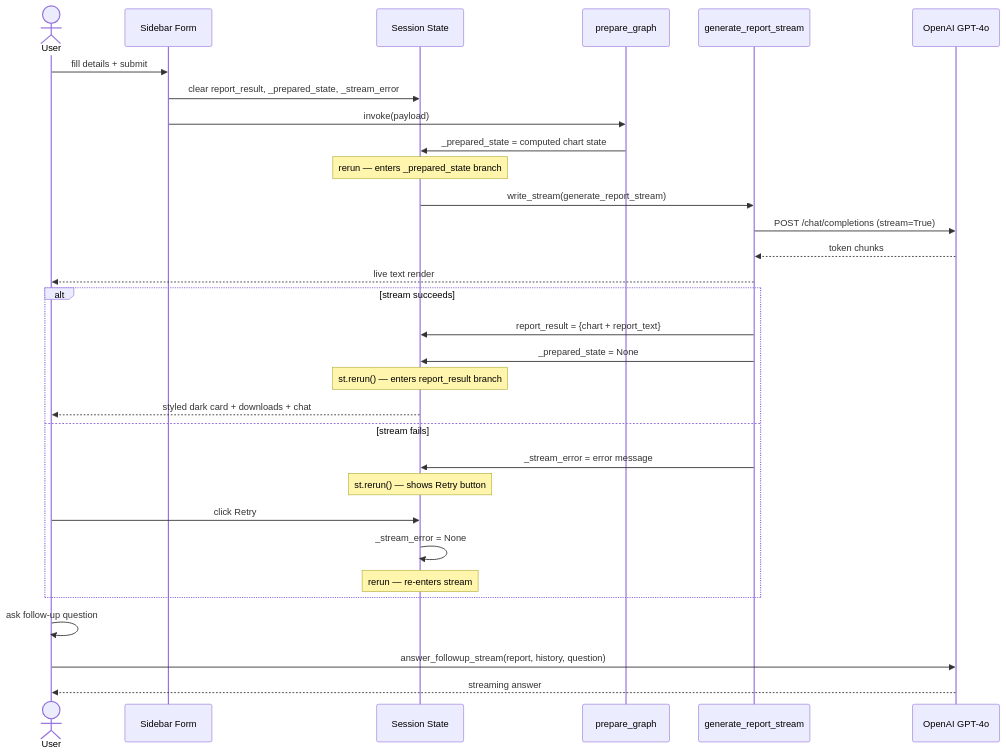
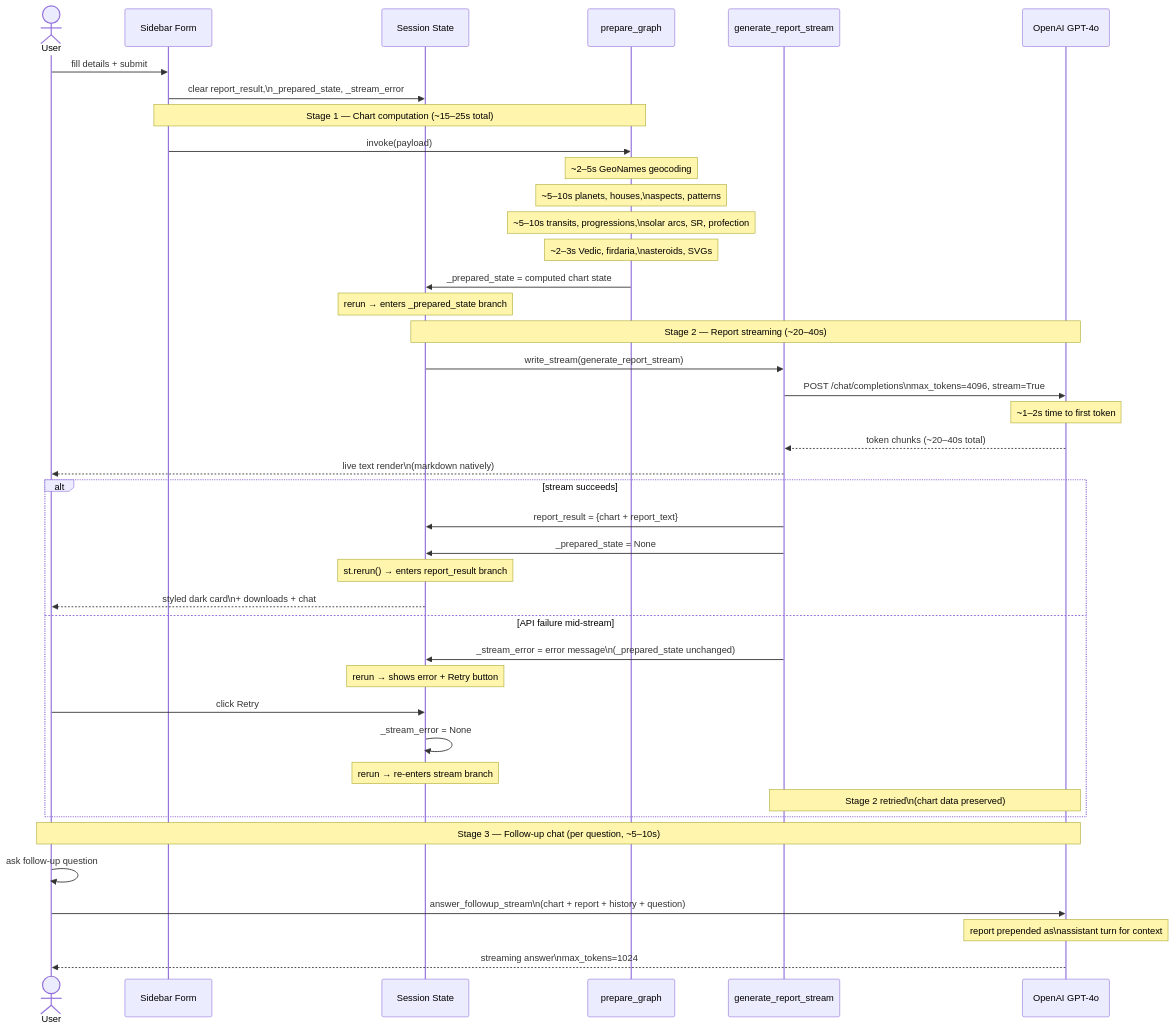
Diagram 12 of 12 in Architecture.md (swamyswamynathan123/personalastrologeragent), drawn with Mermaid before and after one commit. The commit also changed other lines of this file, not shown here.

````diff
--- a/Architecture.md
+++ b/Architecture.md
@@ -260,38 +472,51 @@
 ```mermaid
 sequenceDiagram
     actor User
     participant Form as Sidebar Form
     participant SS as Session State
     participant PG as prepare_graph
     participant Stream as generate_report_stream
     participant OAI as OpenAI GPT-4o
 
     User->>Form: fill details + submit
-    Form->>SS: clear report_result, _prepared_state, _stream_error
+    Form->>SS: clear report_result,\n_prepared_state, _stream_error
+
+    Note over Form,PG: Stage 1 — Chart computation (~15–25s total)
     Form->>PG: invoke(payload)
+
+    Note over PG: ~2–5s GeoNames geocoding
+    Note over PG: ~5–10s planets, houses,\naspects, patterns
+    Note over PG: ~5–10s transits, progressions,\nsolar arcs, SR, profection
+    Note over PG: ~2–3s Vedic, firdaria,\nasteroids, SVGs
+
     PG->>SS: _prepared_state = computed chart state
 
-    Note over SS: rerun — enters _prepared_state branch
+    Note over SS: rerun → enters _prepared_state branch
 
+    Note over SS,OAI: Stage 2 — Report streaming (~20–40s)
     SS->>Stream: write_stream(generate_report_stream)
-    Stream->>OAI: POST /chat/completions (stream=True)
-    OAI-->>Stream: token chunks
-    Stream-->>User: live text render
+    Stream->>OAI: POST /chat/completions\nmax_tokens=4096, stream=True
+    Note over OAI: ~1–2s time to first token
+    OAI-->>Stream: token chunks (~20–40s total)
+    Stream-->>User: live text render\n(markdown natively)
 
     alt stream succeeds
         Stream->>SS: report_result = {chart + report_text}
         Stream->>SS: _prepared_state = None
-        Note over SS: st.rerun() — enters report_result branch
-        SS-->>User: styled dark card + downloads + chat
-    else stream fails
-        Stream->>SS: _stream_error = error message
-        Note over SS: st.rerun() — shows Retry button
+        Note over SS: st.rerun() → enters report_result branch
+        SS-->>User: styled dark card\n+ downloads + chat
+    else API failure mid-stream
+        Stream->>SS: _stream_error = error message\n(_prepared_state unchanged)
+        Note over SS: rerun → shows error + Retry button
         User->>SS: click Retry
         SS->>SS: _stream_error = None
-        Note over SS: rerun — re-enters stream
+        Note over SS: rerun → re-enters stream branch
+        Note over Stream,OAI: Stage 2 retried\n(chart data preserved)
     end
 
+    Note over User,OAI: Stage 3 — Follow-up chat (per question, ~5–10s)
     User->>User: ask follow-up question
-    User->>OAI: answer_followup_stream(report, history, question)
-    OAI-->>User: streaming answer
+    User->>OAI: answer_followup_stream\n(chart + report + history + question)
+    Note over OAI: report prepended as\nassistant turn for context
+    OAI-->>User: streaming answer\nmax_tokens=1024
 ```
````
